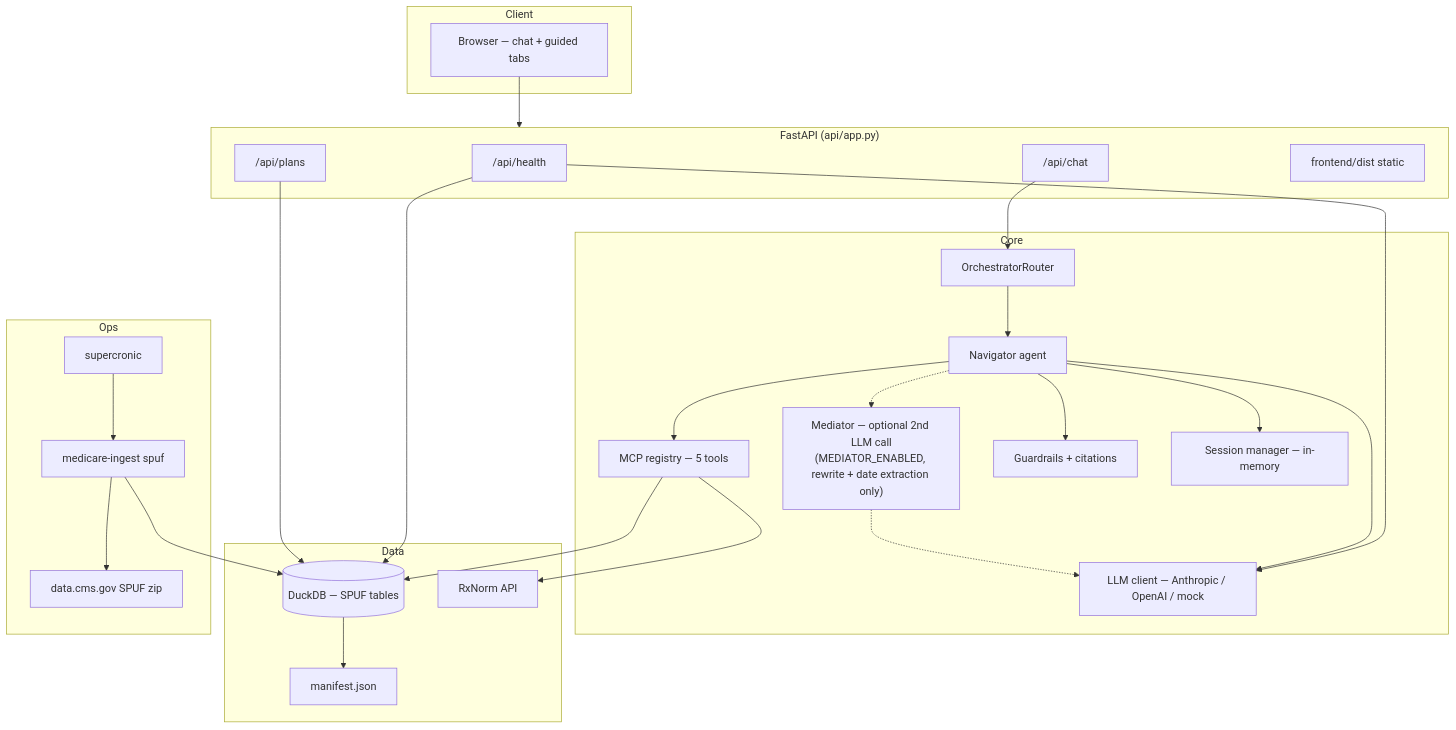
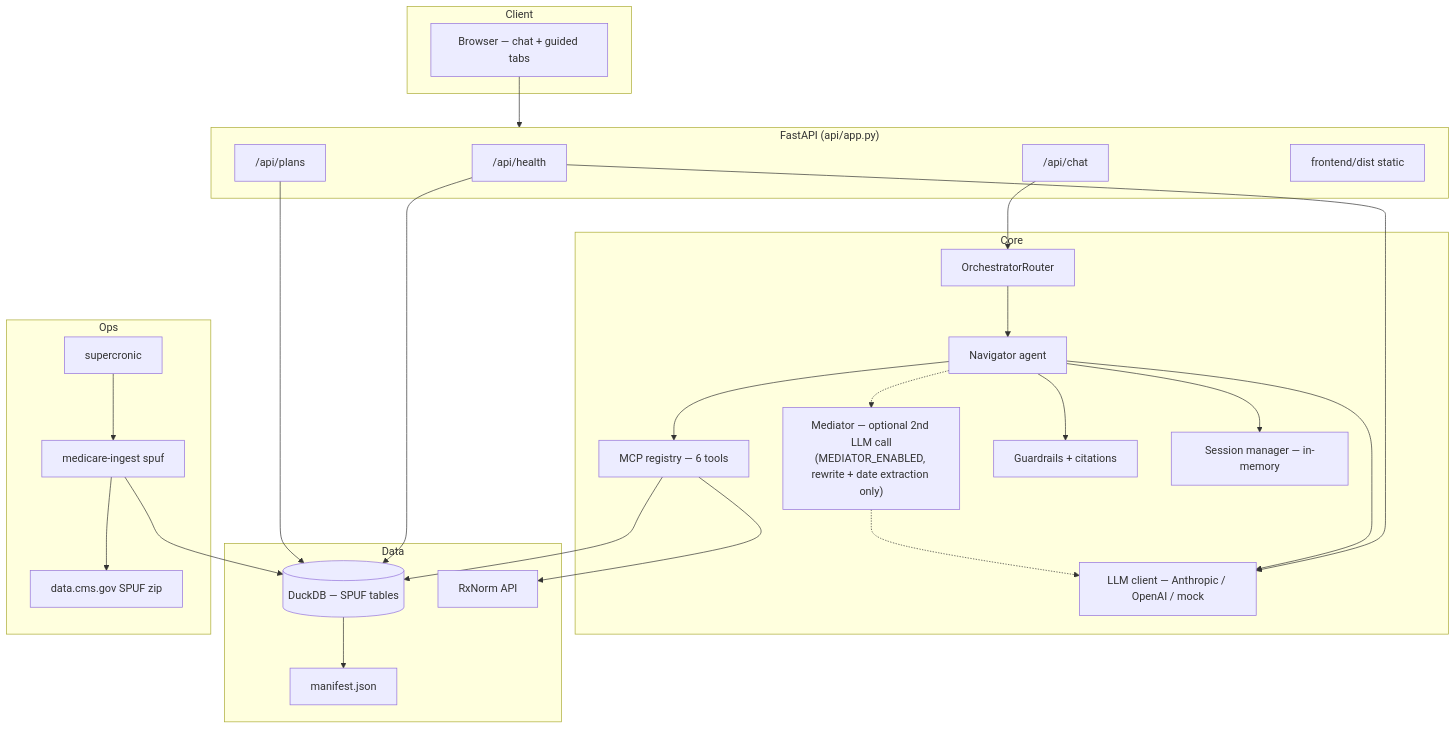
Before and after one commit to SreeCodes2021/Medicare-drug-cost-navigator: the first of 8 diagrams in docs/technical-notes.md, drawn with Mermaid. The commit also changed other lines of this file and 95 other files, not shown here.

````diff
--- a/docs/technical-notes.md
+++ b/docs/technical-notes.md
@@ -118,52 +119,52 @@
 ```mermaid
 flowchart TB
     subgraph Client
         Browser[Browser — chat + guided tabs]
     end
 
     subgraph API["FastAPI (api/app.py)"]
         Health["/api/health"]
         Chat["/api/chat"]
         Plans["/api/plans"]
         Static["frontend/dist static"]
     end
 
     subgraph Core
         Orch[OrchestratorRouter]
         Med["Mediator — optional 2nd LLM call\n(MEDIATOR_ENABLED, rewrite + date extraction only)"]
         Nav[Navigator agent]
         LLM[LLM client — Anthropic / OpenAI / mock]
-        MCP[MCP registry — 5 tools]
+        MCP[MCP registry — 6 tools]
         Guard[Guardrails + citations]
         Session[Session manager — in-memory]
     end
 
     subgraph Data
         DuckDB[(DuckDB — SPUF tables)]
         RxNorm[RxNorm API]
         Manifest[manifest.json]
     end
 
     subgraph Ops
         Cron[supercronic]
         Ingest[medicare-ingest spuf]
         CMS[data.cms.gov SPUF zip]
     end
 
     Browser --> API
     Chat --> Orch --> Nav
     Nav -.-> Med
     Med -.-> LLM
     Nav --> LLM
     Nav --> MCP
     Nav --> Guard
     Nav --> Session
     MCP --> DuckDB
     MCP --> RxNorm
     DuckDB --> Manifest
     Cron --> Ingest --> CMS
     Ingest --> DuckDB
     Plans --> DuckDB
     Health --> DuckDB
     Health --> LLM
 ```
````
